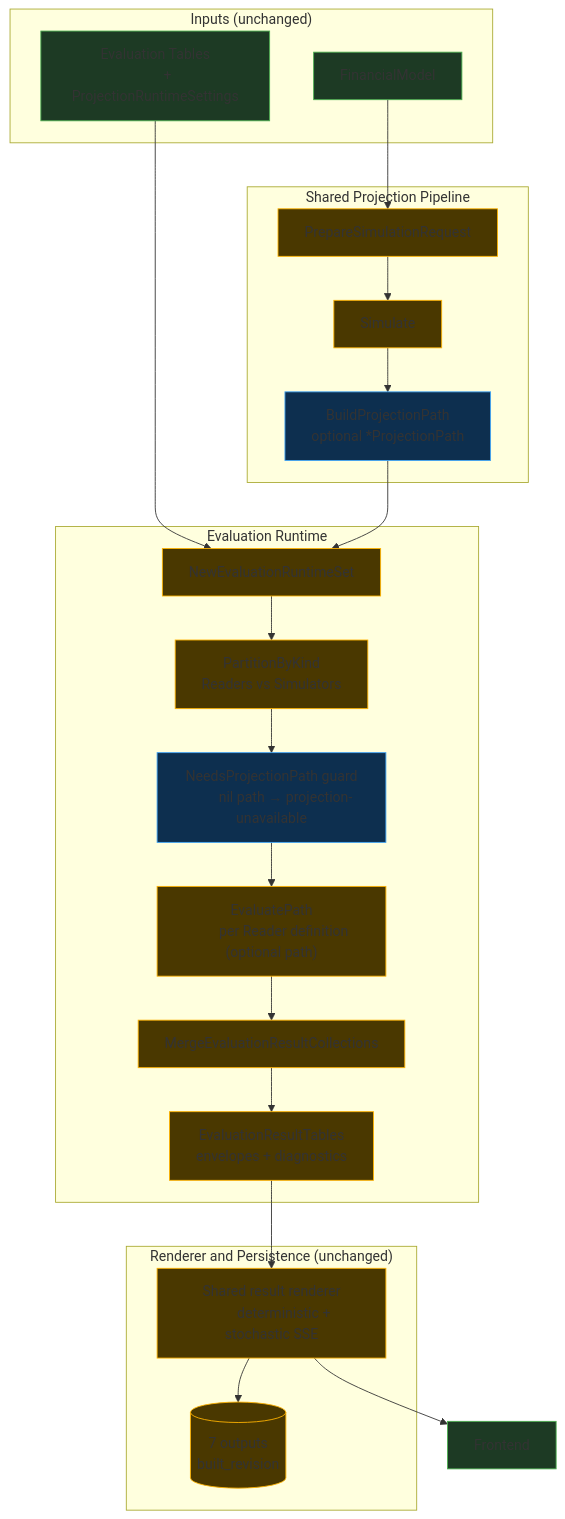
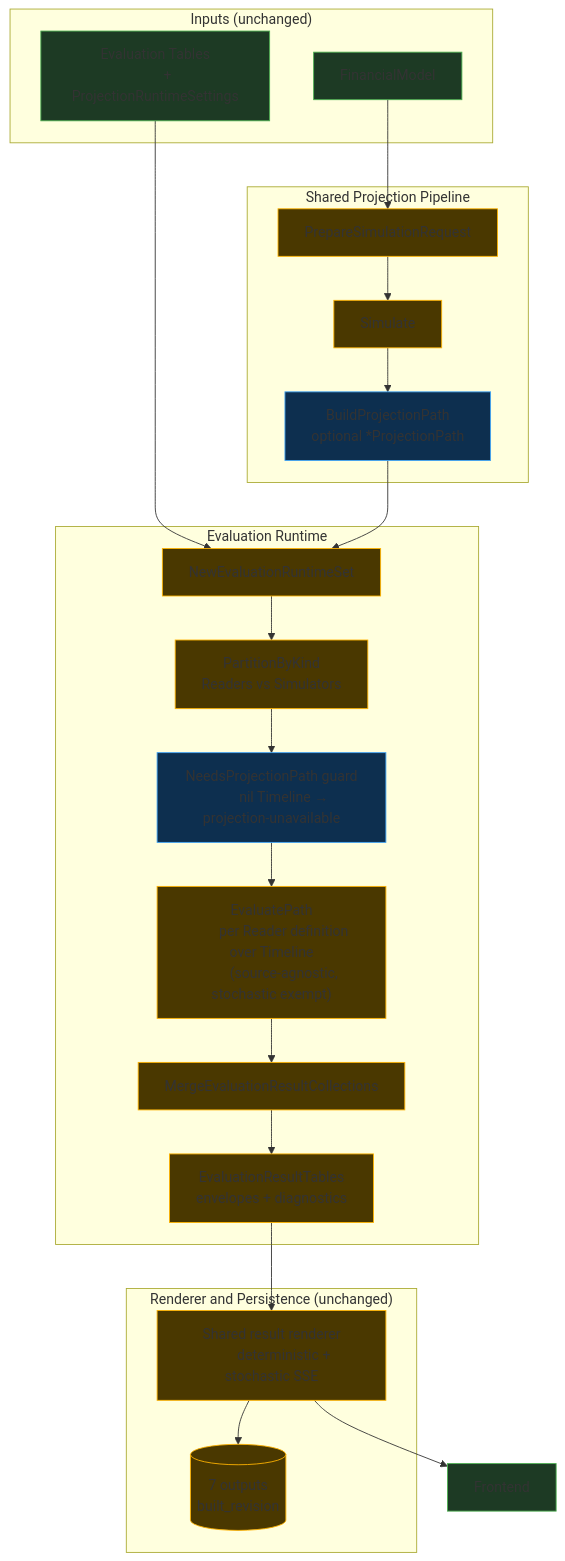
The diagram in docs/diagrams/changes/evaluation-worker-after.mmd (SimHoZebs/net-worth-estimator), drawn with Mermaid before and after one commit. The commit also changed 15 other files, not shown here.

Commit message:
feat(evaluations): source-agnostic Timeline for deterministic readers

```diff
--- a/docs/diagrams/changes/evaluation-worker-after.mmd
+++ b/docs/diagrams/changes/evaluation-worker-after.mmd
@@ -1,64 +1,65 @@
 flowchart TB
     subgraph IN["Inputs (unchanged)"]
         MODEL["FinancialModel"]
         CFG["Evaluation Tables
         + ProjectionRuntimeSettings"]
     end
 
     subgraph PIPE["Shared Projection Pipeline"]
         PREP["PrepareSimulationRequest"]
         SIM["Simulate"]
         PATH["BuildProjectionPath
         optional *ProjectionPath"]
     end
 
     subgraph RUNTIME["Evaluation Runtime"]
         SET["NewEvaluationRuntimeSet"]
         PART["PartitionByKind
         Readers vs Simulators"]
         GUARD["NeedsProjectionPath guard
-        nil path → projection-unavailable"]
+        nil Timeline → projection-unavailable"]
         EVAL["EvaluatePath
-        per Reader definition (optional path)"]
+        per Reader definition over Timeline
+        (source-agnostic, stochastic exempt)"]
         MERGE["MergeEvaluationResultCollections"]
         TABLES["EvaluationResultTables
         envelopes + diagnostics"]
     end
 
     subgraph OUT["Renderer and Persistence (unchanged)"]
         RENDER["Shared result renderer
         deterministic + stochastic SSE"]
         OUTPUTS[("7 outputs
         built_revision")]
     end
 
     UI["Frontend"]
 
     MODEL --> PREP
     CFG --> SET
     PREP --> SIM
     SIM --> PATH
     PATH --> SET
     SET --> PART
     PART --> GUARD
     GUARD --> EVAL
     EVAL --> MERGE
     MERGE --> TABLES
     TABLES --> RENDER
     RENDER --> OUTPUTS
     RENDER --> UI
 
     style MODEL fill:#1d3a24,stroke:#4caf50
     style CFG fill:#1d3a24,stroke:#4caf50
     style PREP fill:#4a3800,stroke:#ffb300
     style SIM fill:#4a3800,stroke:#ffb300
     style PATH fill:#0d2f4f,stroke:#42a5f5
     style SET fill:#4a3800,stroke:#ffb300
     style PART fill:#4a3800,stroke:#ffb300
     style GUARD fill:#0d2f4f,stroke:#42a5f5
     style EVAL fill:#4a3800,stroke:#ffb300
     style MERGE fill:#4a3800,stroke:#ffb300
     style TABLES fill:#4a3800,stroke:#ffb300
     style RENDER fill:#4a3800,stroke:#ffb300
     style OUTPUTS fill:#4a3800,stroke:#ffb300
     style UI fill:#1d3a24,stroke:#4caf50
```
